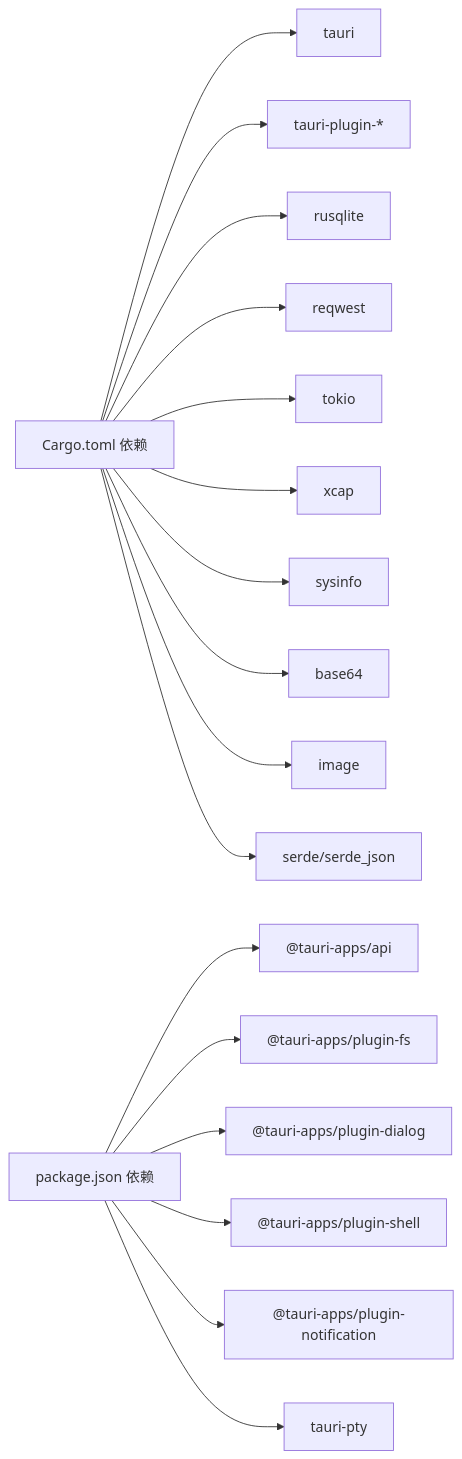
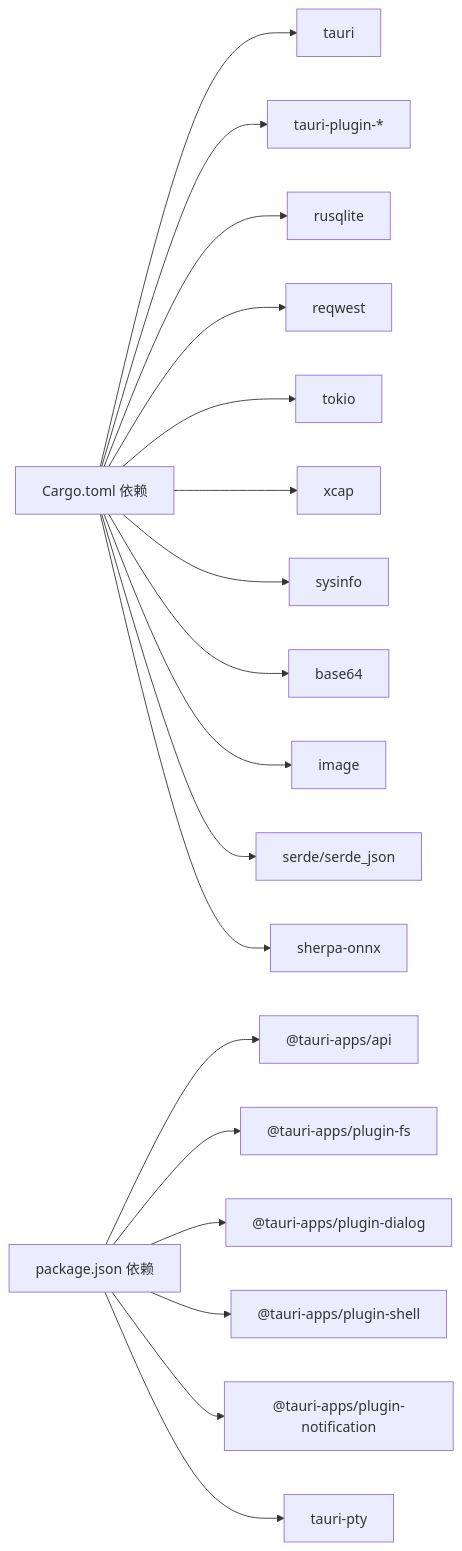
One commit to RabbitAI-Lab/RabbitCoding changed the tenth of 10 diagrams in .qoder/repowiki/zh/content/Tauri 后端/Tauri 后端.md. Above: the diagram before and after it, drawn with Mermaid. The commit also changed other lines of this file and 88 other files, not shown here.

````diff
--- a/.qoder/repowiki/zh/content/Tauri 后端/Tauri 后端.md
+++ b/.qoder/repowiki/zh/content/Tauri 后端/Tauri 后端.md
@@ -361,19 +565,20 @@
 ```mermaid
 graph LR
 Cargo["Cargo.toml 依赖"] --> Tauri["tauri"]
 Cargo --> Plugins["tauri-plugin-*"]
 Cargo --> Rusqlite["rusqlite"]
 Cargo --> Reqwest["reqwest"]
 Cargo --> Tokio["tokio"]
 Cargo --> XCap["xcap"]
 Cargo --> Sysinfo["sysinfo"]
 Cargo --> Base64["base64"]
 Cargo --> Image["image"]
 Cargo --> Serde["serde/serde_json"]
+Cargo --> Sherpa["sherpa-onnx"]
 FE["package.json 依赖"] --> TA["@tauri-apps/api"]
 FE --> FS["@tauri-apps/plugin-fs"]
 FE --> Dialog["@tauri-apps/plugin-dialog"]
 FE --> Shell["@tauri-apps/plugin-shell"]
 FE --> Notify["@tauri-apps/plugin-notification"]
 FE --> Pty["tauri-pty"]
 ```
````
